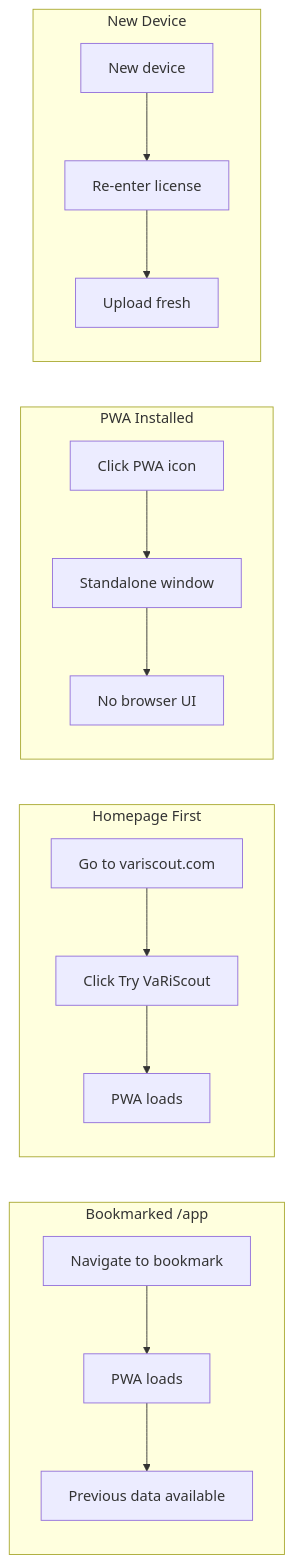
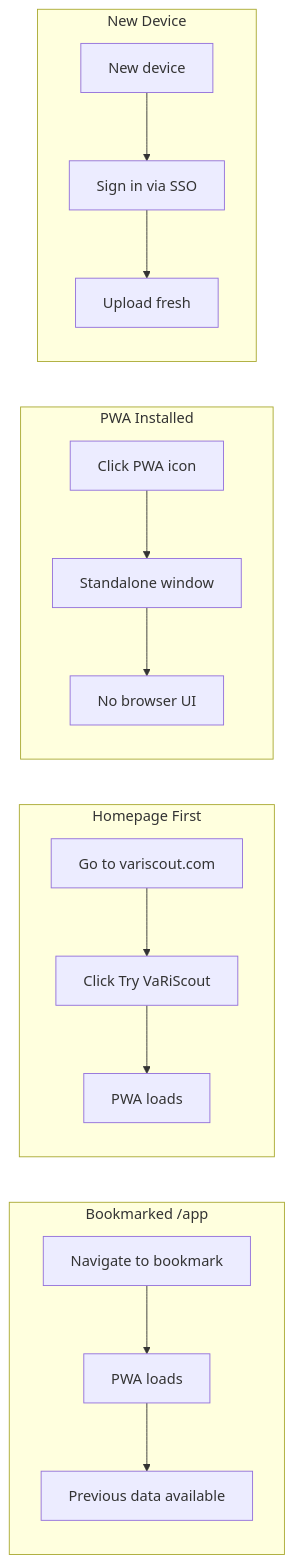
The second of 3 diagrams in docs/02-journeys/flows/return-visitor.md (jukka-matti/mean-beoynd-lite), drawn with Mermaid before and after one commit. The commit also changed other lines of this file and 5 other files, not shown here.

````diff
--- a/docs/02-journeys/flows/return-visitor.md
+++ b/docs/02-journeys/flows/return-visitor.md
@@ -61,18 +61,18 @@
 ```mermaid
 flowchart LR
     subgraph Scenario A [Bookmarked /app]
         A1[Navigate to bookmark] --> A2[PWA loads] --> A3[Previous data available]
     end
 
     subgraph Scenario B [Homepage First]
         B1[Go to variscout.com] --> B2[Click Try VaRiScout] --> B3[PWA loads]
     end
 
     subgraph Scenario C [PWA Installed]
         C1[Click PWA icon] --> C2[Standalone window] --> C3[No browser UI]
     end
 
     subgraph Scenario D [New Device]
-        D1[New device] --> D2[Re-enter license] --> D3[Upload fresh]
+        D1[New device] --> D2[Sign in via SSO] --> D3[Upload fresh]
     end
 ```
````
